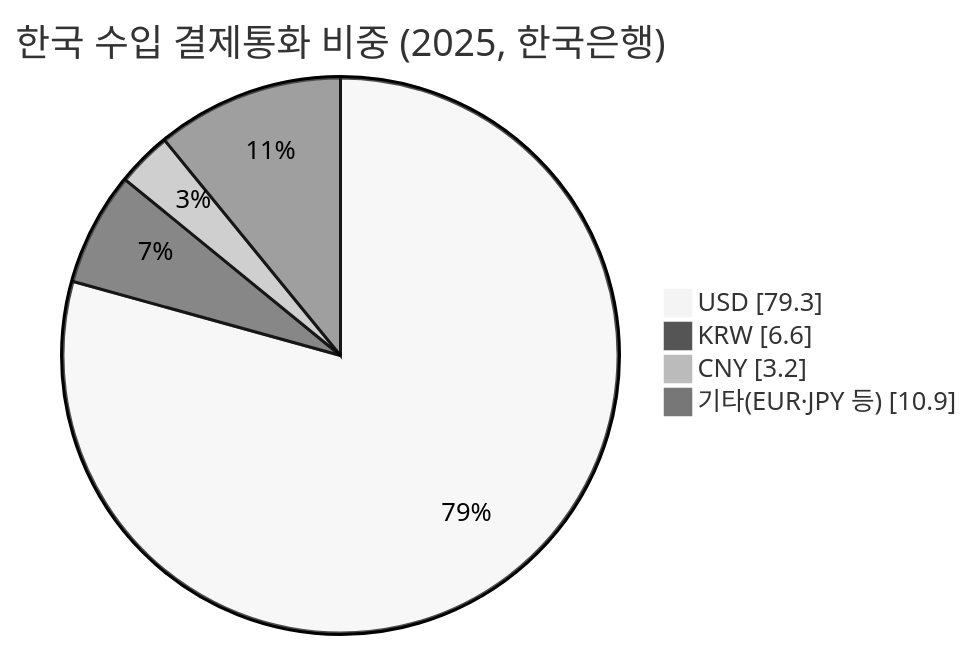
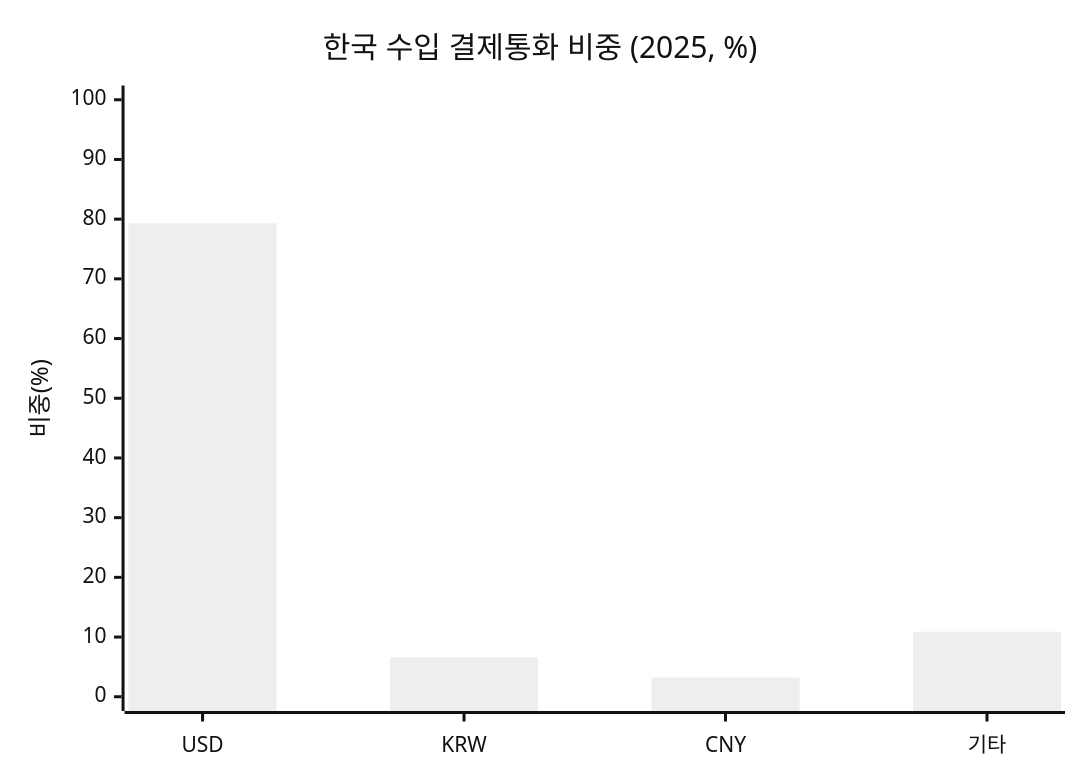
Before and after one commit to jennie-brain/business-analysis-frameworks: the second of 8 diagrams in 04_TAM-SAM-SOM_마켓세그먼트/05_5단계_정량적검증.md, drawn with Mermaid (neutral theme). The commit also changed other lines of this file and 2 other files, not shown here.

First line of the commit message:
mermaid 렌더링 오류 수정 및 파이차트를 막대차트로 교체

````diff
--- a/04_TAM-SAM-SOM_마켓세그먼트/05_5단계_정량적검증.md
+++ b/04_TAM-SAM-SOM_마켓세그먼트/05_5단계_정량적검증.md
@@ -40,8 +39,7 @@
 ```mermaid
-pie showData
-    title 한국 수입 결제통화 비중 (2025, 한국은행)
-    "USD" : 79.3
-    "KRW" : 6.6
-    "CNY" : 3.2
-    "기타(EUR·JPY 등)" : 10.9
+xychart-beta
+    title "한국 수입 결제통화 비중 (2025, %)"
+    x-axis ["USD", "KRW", "CNY", "기타"]
+    y-axis "비중(%)" 0 --> 100
+    bar [79.3, 6.6, 3.2, 10.9]
 ```
````
